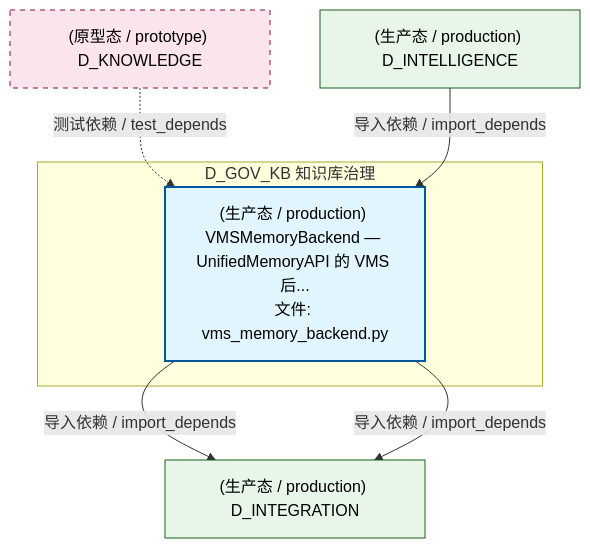
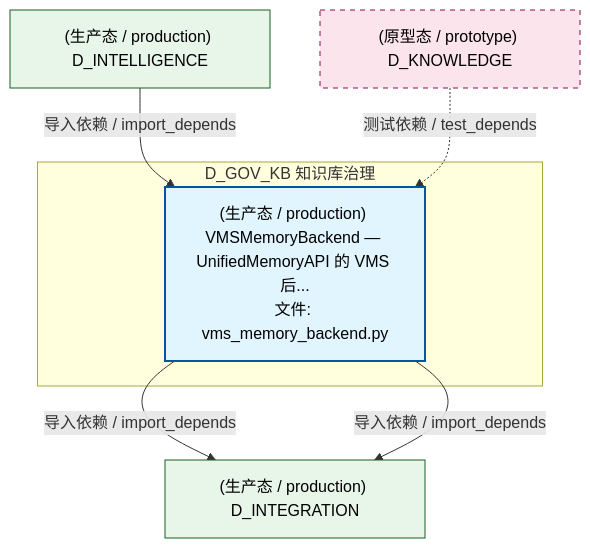
The second of 5 diagrams in docs/02_enterprise_architecture/02_domain_architecture_docs/43_d_gov_kb.md (xuanFelixVan/ZephyrAlpha), drawn with Mermaid before and after one commit. The commit also changed other lines of this file and 126 other files, not shown here.

````diff
--- a/docs/02_enterprise_architecture/02_domain_architecture_docs/43_d_gov_kb.md
+++ b/docs/02_enterprise_architecture/02_domain_architecture_docs/43_d_gov_kb.md
@@ -194,20 +194,20 @@
 ```mermaid
 graph TD
     subgraph D_GOV_KB["D_GOV_KB 知识库治理"]
         src_zephyr_gov_kb_vms_memory_backend_py["(生产态 / production) VMSMemoryBackend — UnifiedMemoryAPI 的 VMS 后...<br/>文件: vms_memory_backend.py"]
     end
     D_INTEGRATION["(生产态 / production) D_INTEGRATION"]
     src_zephyr_gov_kb_vms_memory_backend_py -->|导入依赖 / import_depends| D_INTEGRATION
     src_zephyr_gov_kb_vms_memory_backend_py -->|导入依赖 / import_depends| D_INTEGRATION
+    D_INTELLIGENCE["(生产态 / production) D_INTELLIGENCE"]
+    D_INTELLIGENCE -->|导入依赖 / import_depends| src_zephyr_gov_kb_vms_memory_backend_py
     D_KNOWLEDGE["(原型态 / prototype) D_KNOWLEDGE"]
     D_KNOWLEDGE -.->|测试依赖 / test_depends| src_zephyr_gov_kb_vms_memory_backend_py
-    D_INTELLIGENCE["(生产态 / production) D_INTELLIGENCE"]
-    D_INTELLIGENCE -->|导入依赖 / import_depends| src_zephyr_gov_kb_vms_memory_backend_py
     classDef production fill:#e1f5fe,stroke:#01579b,stroke-width:2px,color:#000
     classDef design fill:#fff3e0,stroke:#e65100,stroke-width:2px,color:#000,stroke-dasharray: 5 5
     classDef external_prod fill:#e8f5e9,stroke:#1b5e20,stroke-width:1px,color:#000
     classDef external_design fill:#fce4ec,stroke:#880e4f,stroke-width:1px,color:#000,stroke-dasharray: 5 5
     class src_zephyr_gov_kb_vms_memory_backend_py production
     class D_INTEGRATION,D_INTELLIGENCE external_prod
     class D_KNOWLEDGE external_design
 ```
````
